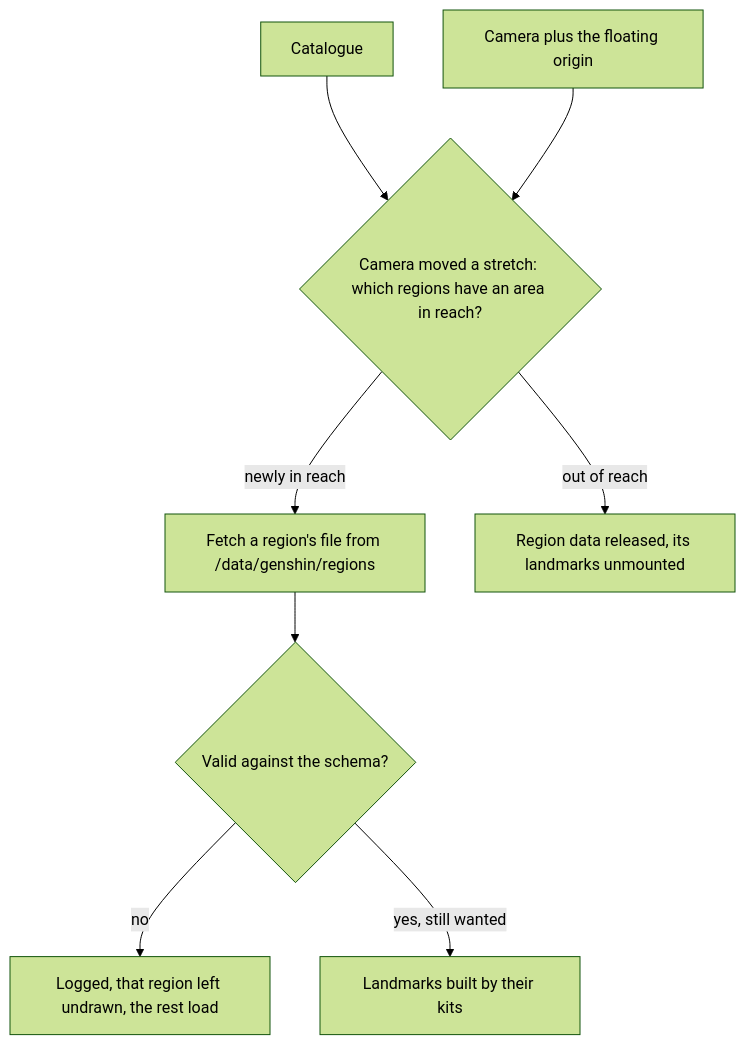
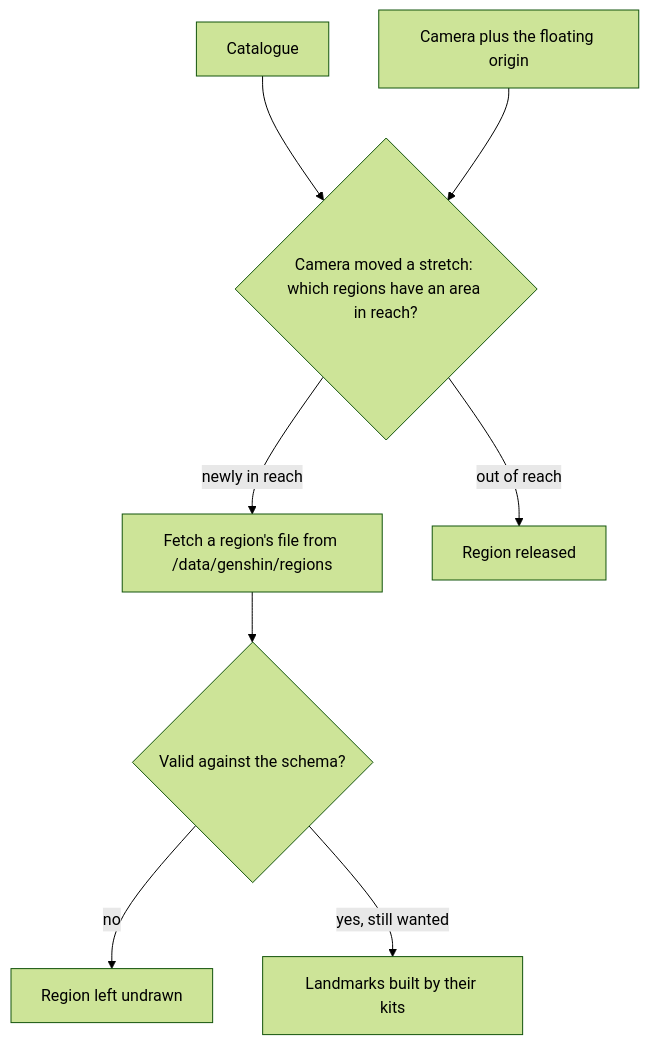
Before and after one commit to Esposter/Esposter: the diagram in openspec/specs/genshin/world-map/design.md, drawn with Mermaid (forest theme). The commit also changed other lines of this file and 10 other files, not shown here.

````diff
--- a/openspec/specs/genshin/world-map/design.md
+++ b/openspec/specs/genshin/world-map/design.md
@@ -7,10 +7,10 @@
 ```mermaid
 flowchart TD
   CAT[Catalogue] --> R{Camera moved a stretch: which regions have an area in reach?}
   CAM[Camera plus the floating origin] --> R
   R -->|newly in reach| F["Fetch a region's file from /data/genshin/regions"]
   F --> Z{Valid against the schema?}
-  Z -->|no| ERR[Logged, that region left undrawn, the rest load]
+  Z -->|no| ERR[Region left undrawn]
   Z -->|yes, still wanted| USE[Landmarks built by their kits]
-  R -->|out of reach| DROP[Region data released, its landmarks unmounted]
+  R -->|out of reach| DROP[Region released]
 ```
````
